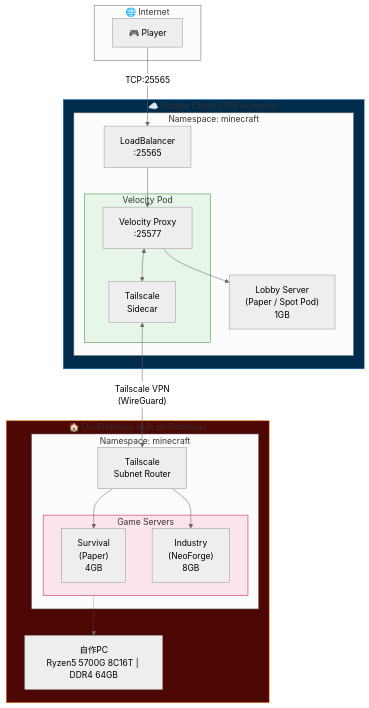
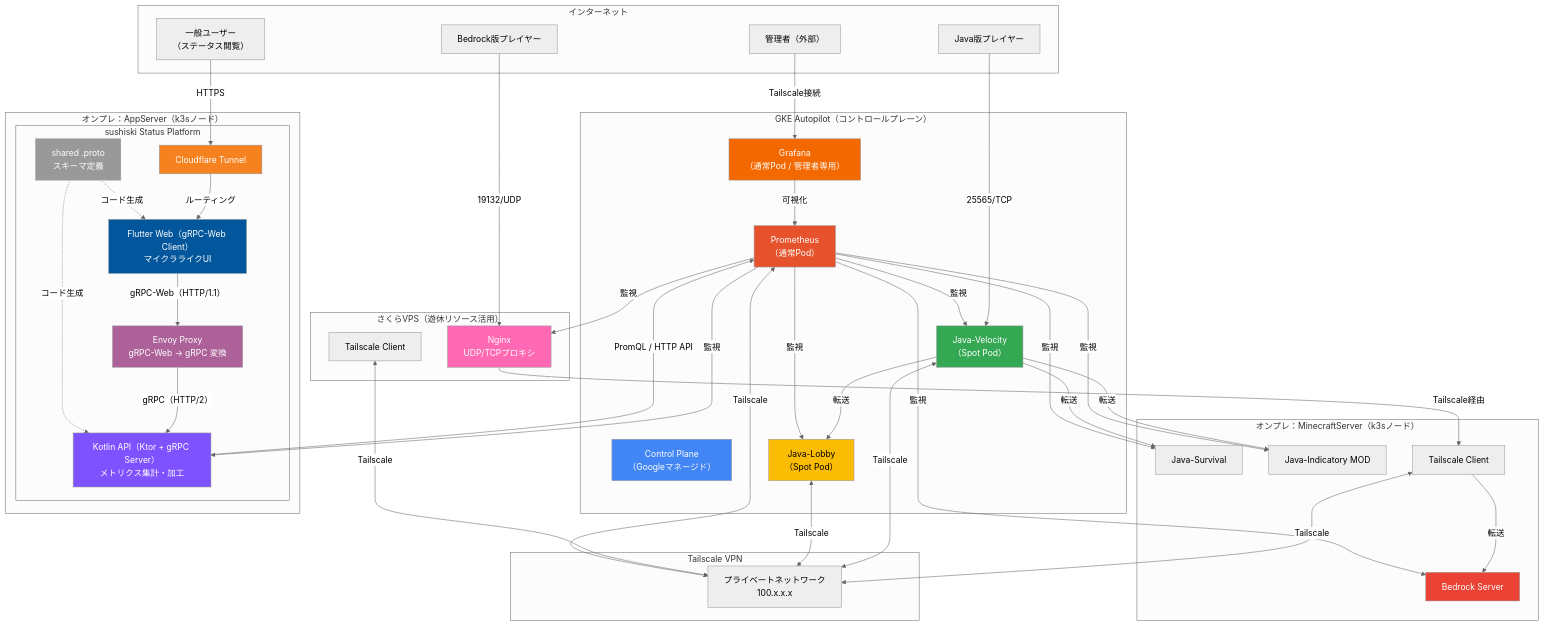
The second of 2 diagrams in README.md (Tagomori0211/Minecraft-on-Kubenates), drawn with Mermaid (neutral theme) before and after one commit. The commit also changed other lines of this file and 14 other files, not shown here.

````diff
--- a/README.md
+++ b/README.md
@@ -43,42 +47,92 @@
 ```mermaid
-flowchart TB
-    subgraph Internet["🌐 Internet"]
-        Player["🎮 Player"]
+graph TB
+    subgraph Internet["インターネット"]
+        Player_Java["Java版プレイヤー"]
+        Player_Bedrock["Bedrock版プレイヤー"]
+        Admin["管理者（外部）"]
+        User["一般ユーザー<br/>（ステータス閲覧）"]
     end
 
-    subgraph GCP["☁️ Google Cloud (GKE Autopilot)"]
-        subgraph GKE_NS["Namespace: minecraft"]
-            LB["LoadBalancer<br/>:25565"]
-            subgraph VelocityPod["Velocity Pod"]
-                Velocity["Velocity Proxy<br/>:25577"]
-                TS_Sidecar["Tailscale<br/>Sidecar"]
-            end
-            Lobby["Lobby Server<br/>(Paper / Spot Pod)<br/>1GB"]
+    subgraph Sakura["さくらVPS（遊休リソース活用）"]
+        Nginx_Sakura["Nginx<br/>UDP/TCPプロキシ"]
+        TS_Sakura["Tailscale Client"]
+    end
+
+    subgraph GKE["GKE Autopilot（コントロールプレーン）"]
+        CP["Control Plane<br/>（Googleマネージド）"]
+        Velocity["Java-Velocity<br/>（Spot Pod）"]
+        Lobby["Java-Lobby<br/>（Spot Pod）"]
+        Prometheus["Prometheus<br/>（通常Pod）"]
+        Grafana["Grafana<br/>（通常Pod / 管理者専用）"]
+    end
+
+    subgraph Tailscale["Tailscale VPN"]
+        TS_Network["プライベートネットワーク<br/>100.x.x.x"]
+    end
+
+    subgraph MinecraftServer["オンプレ：MinecraftServer（k3sノード）"]
+        Java_Survival["Java-Survival"]
+        Java_Mod["Java-Indicatory MOD"]
+        Bedrock_Server["Bedrock Server"]
+        TS_Router_Sub["Tailscale Client"]
+    end
+
+    subgraph AppServer["オンプレ：AppServer（k3sノード）"]
+        subgraph StatusPlatform["sushiski Status Platform"]
+            Kotlin_API["Kotlin API（Ktor + gRPC Server）<br/>メトリクス集計・加工"]
+            Flutter_Web["Flutter Web（gRPC-Web Client）<br/>マイクラライクUI"]
+            Envoy["Envoy Proxy<br/>gRPC-Web → gRPC 変換"]
+            Proto["shared .proto<br/>スキーマ定義"]
+            CF_Tunnel["Cloudflare Tunnel"]
         end
     end
 
-    subgraph OnPrem["🏠 On-Premises (k3s on Proxmox)"]
-        subgraph K3S_NS["Namespace: minecraft"]
-            TS_Router["Tailscale<br/>Subnet Router"]
-            subgraph GameServers["Game Servers"]
-                Survival["Survival<br/>(Paper)<br/>4GB"]
-                Industry["Industry<br/>(NeoForge)<br/>8GB"]
-            end
-        end
-        HW["自作PC<br/>Ryzen5 5700G 8C16T | DDR4 64GB "]
-    end
+    Player_Java -->|25565/TCP| Velocity
+    Player_Bedrock -->|19132/UDP| Nginx_Sakura
+    Admin -->|Tailscale接続| Grafana
+    User -->|HTTPS| CF_Tunnel
 
-    Player -->|"TCP:25565"| LB
-    LB --> Velocity
-    Velocity --> Lobby
-    Velocity <--> TS_Sidecar
-    TS_Sidecar <-->|"Tailscale VPN<br/>(WireGuard)"| TS_Router
-    TS_Router --> Survival
-    TS_Router --> Industry
-    GameServers -.-> HW
+    CF_Tunnel -->|ルーティング| Flutter_Web
+    Flutter_Web -->|gRPC-Web（HTTP/1.1）| Envoy
+    Envoy -->|gRPC（HTTP/2）| Kotlin_API
+    Kotlin_API -->|PromQL / HTTP API| Prometheus
 
-    style GCP fill:#012b4a,stroke:#1976d2
-    style OnPrem fill:#4d0704,stroke:#f57c00
-    style VelocityPod fill:#e8f5e9,stroke:#388e3c
-    style GameServers fill:#fce4ec,stroke:#c2185b
+    Proto -.->|コード生成| Kotlin_API
+    Proto -.->|コード生成| Flutter_Web
+
+    Nginx_Sakura -->|Tailscale経由| TS_Router_Sub
+    TS_Router_Sub -->|転送| Bedrock_Server
+
+    Velocity <-->|Tailscale| TS_Network
+    Lobby <-->|Tailscale| TS_Network
+    TS_Sakura <-->|Tailscale| TS_Network
+    TS_Router_Sub <-->|Tailscale| TS_Network
+    Prometheus <-->|Tailscale| TS_Network
+
+    Velocity -->|転送| Lobby
+    Velocity -->|転送| Java_Survival
+    Velocity -->|転送| Java_Mod
+
+    Prometheus -->|監視| Velocity
+    Prometheus -->|監視| Lobby
+    Prometheus -->|監視| Java_Survival
+    Prometheus -->|監視| Java_Mod
+    Prometheus -->|監視| Bedrock_Server
+    Prometheus -->|監視| Nginx_Sakura
+    Prometheus -->|監視| Kotlin_API
+
+    Grafana -->|可視化| Prometheus
+
+    style Nginx_Sakura fill:#ff69b4,color:#fff
+    style CP fill:#4285f4,color:#fff
+    style Velocity fill:#34a853,color:#fff
+    style Lobby fill:#fbbc04,color:#000
+    style Bedrock_Server fill:#ea4335,color:#fff
+    style Prometheus fill:#e6522c,color:#fff
+    style Grafana fill:#f46800,color:#fff
+    style Kotlin_API fill:#7F52FF,color:#fff
+    style Flutter_Web fill:#02569B,color:#fff
+    style CF_Tunnel fill:#F6821F,color:#fff
+    style Envoy fill:#AC6199,color:#fff
+    style Proto fill:#999,color:#fff
 ```
````
